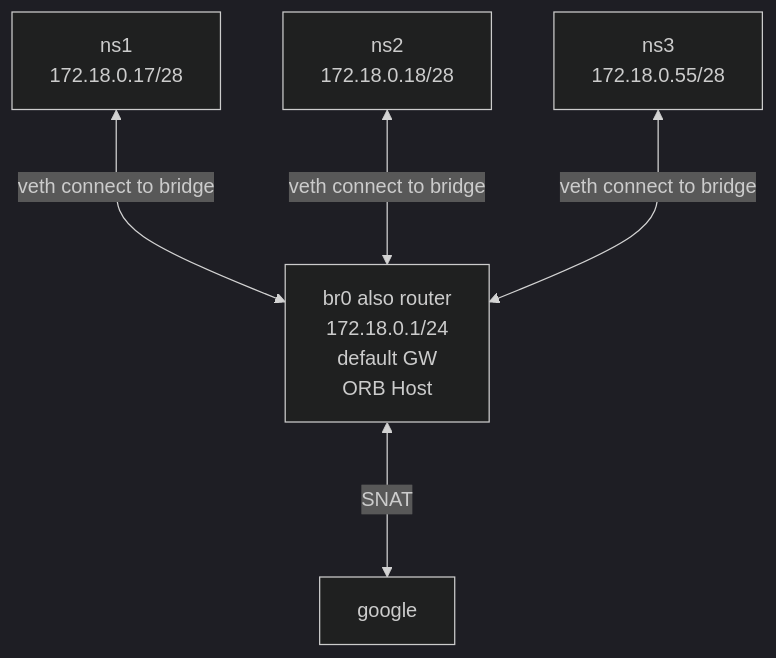
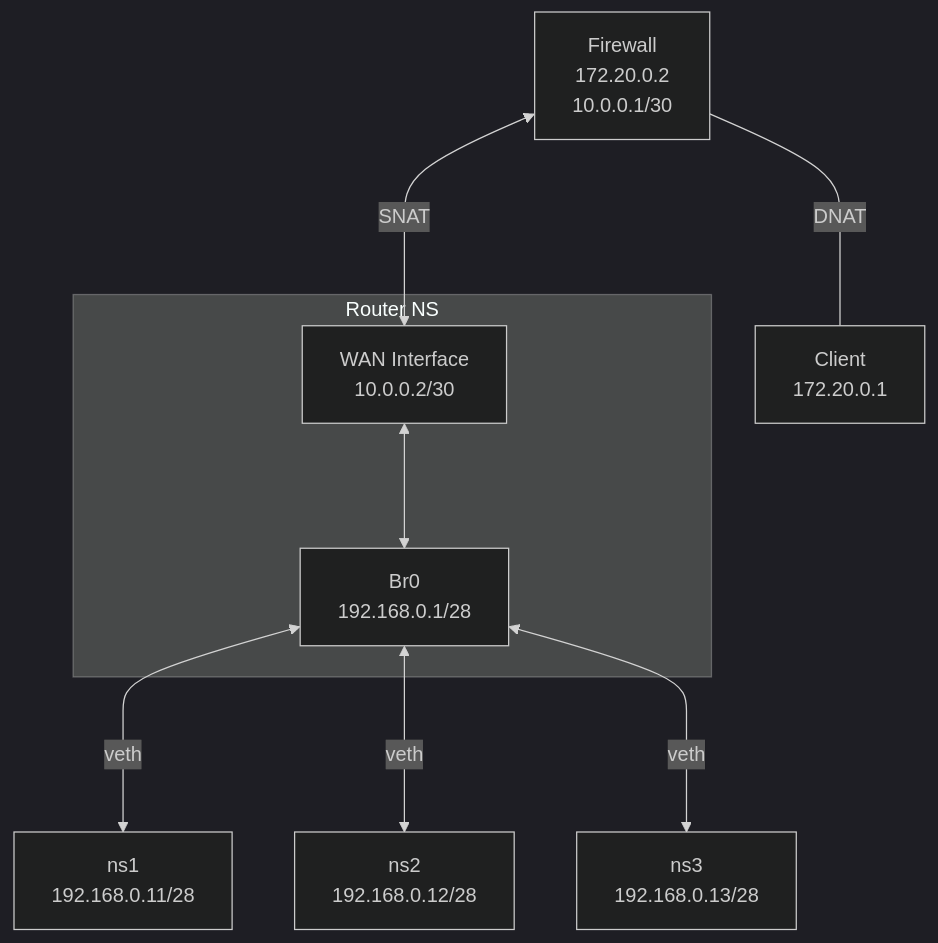
The diagram in README.md (jiahui-code/NameSpaceNetworkHomeLab), drawn with Mermaid (dark theme) before and after one commit. The commit also changed other lines of this file and 2 other files, not shown here.

````diff
--- a/README.md
+++ b/README.md
@@ -21,12 +27,22 @@
 ```mermaid
 flowchart TD
-	EX[google]
-	H0[br0 also router <br/> 172.18.0.1/24 <br/> default GW <br/> ORB Host]
-	n1[ns1 <br/> 172.18.0.17/28]
-	n2[ns2 <br/> 172.18.0.18/28]
-	n3[ns3 <br/> 172.18.0.55/28]
-	
-	n1 & n2 & n3 <---> |veth connect to bridge| H0 
-	H0 <--->|SNAT| EX
-	
+    C[Client <br/> 172.20.0.1]
+    FW[Firewall<br/> 172.20.0.2<br/>10.0.0.1/30]
+    
+    FW <---|DNAT| C
+    FW <---> |SNAT| R0_IF
+
+    subgraph R0 [Router NS]
+        R0_IF[WAN Interface <br/> 10.0.0.2/30]
+        br[Br0 <br/> 192.168.0.1/28]
+        R0_IF <---> br
+    end
+
+    %% 调整节点声明顺序，让 Mermaid 从左到右依次渲染
+    br <---> |veth| n1[ns1 <br/> 192.168.0.11/28]
+    br <---> |veth| n2[ns2 <br/> 192.168.0.12/28]
+    br <---> |veth| n3[ns3 <br/> 192.168.0.13/28]
+
+    %% 强行让 n1, n2, n3 垂直对齐（可选，如果想让他们上下排开）
+    %% n1 ~~~ n2 ~~~ n3
 ```
````
